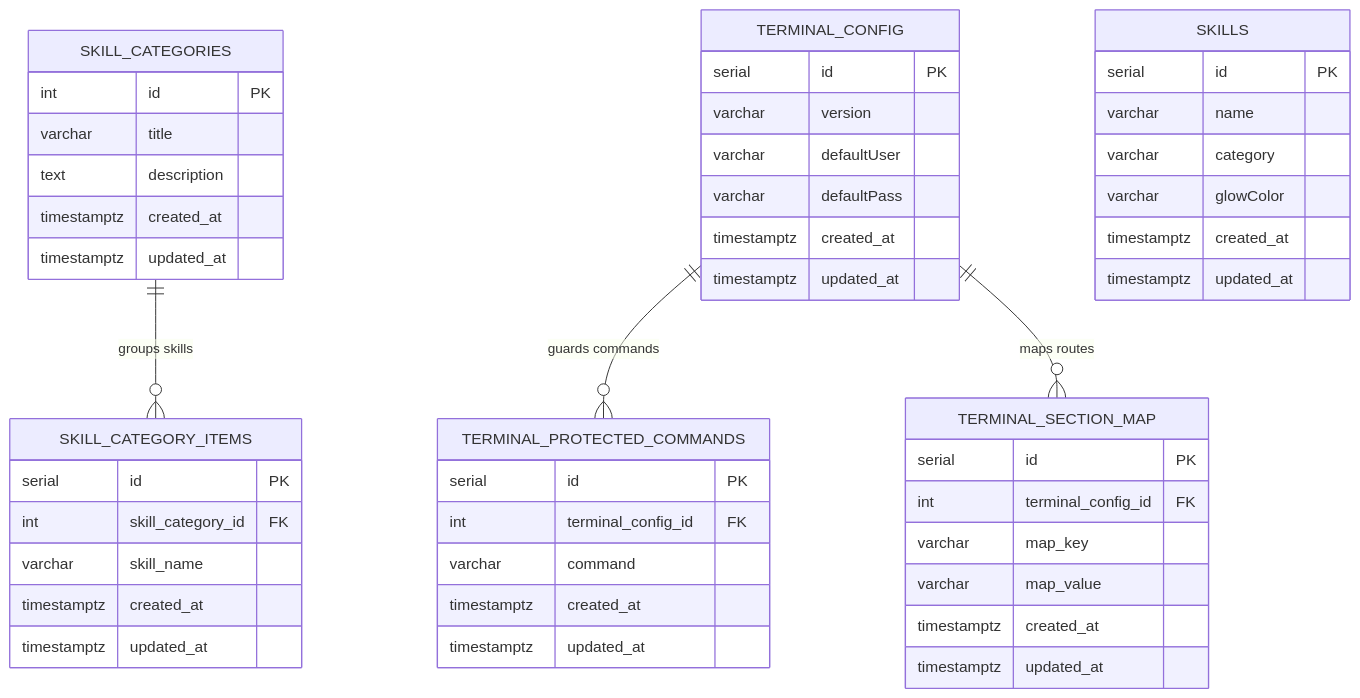
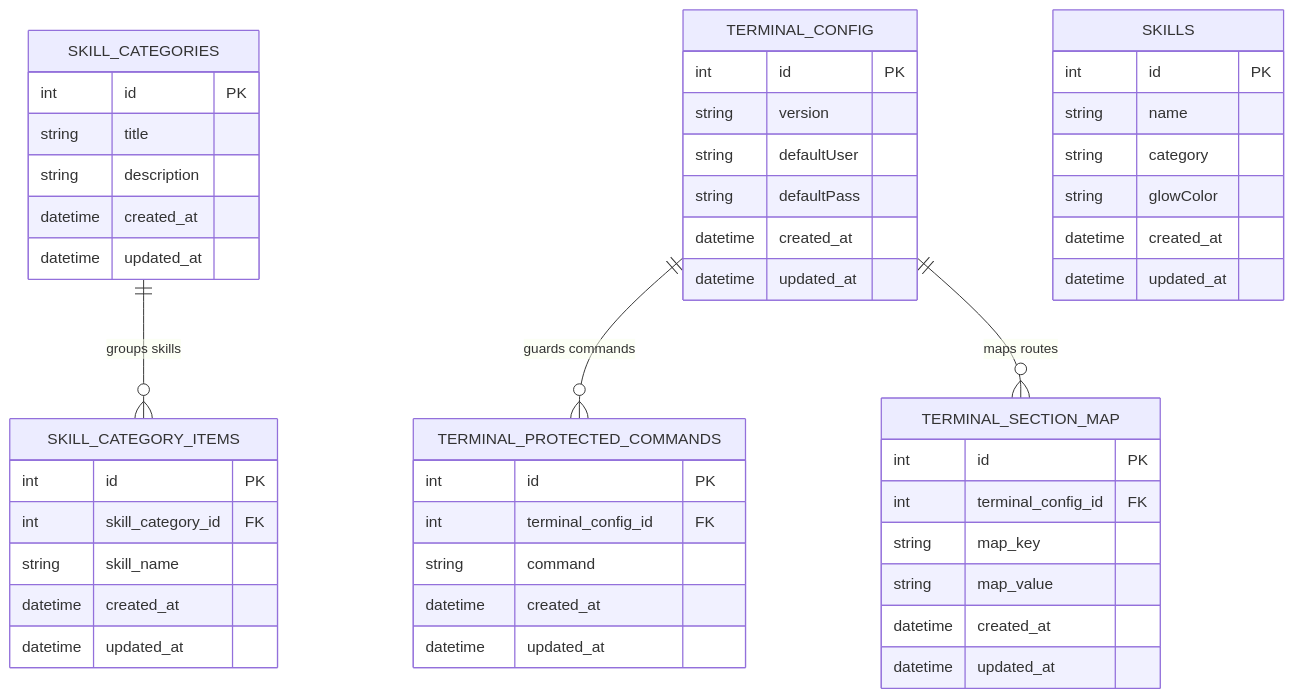
One commit to Haiderali445/portfolio-website changed the eighth of 20 diagrams in README.md. Above: the diagram before and after it, drawn with Mermaid. The commit also changed other lines of this file and 2 other files, not shown here.

````diff
--- a/README.md
+++ b/README.md
@@ -454,57 +454,57 @@
 ```mermaid
 erDiagram
     SKILL_CATEGORIES ||--o{ SKILL_CATEGORY_ITEMS : "groups skills"
     TERMINAL_CONFIG ||--o{ TERMINAL_PROTECTED_COMMANDS : "guards commands"
     TERMINAL_CONFIG ||--o{ TERMINAL_SECTION_MAP : "maps routes"
 
     SKILL_CATEGORIES {
         int id PK
-        varchar title
-        text description
-        timestamptz created_at
-        timestamptz updated_at
+        string title
+        string description
+        datetime created_at
+        datetime updated_at
     }
 
     SKILL_CATEGORY_ITEMS {
-        serial id PK
+        int id PK
         int skill_category_id FK
-        varchar skill_name
-        timestamptz created_at
-        timestamptz updated_at
+        string skill_name
+        datetime created_at
+        datetime updated_at
     }
 
     SKILLS {
-        serial id PK
-        varchar name
-        varchar category
-        varchar glowColor
-        timestamptz created_at
-        timestamptz updated_at
+        int id PK
+        string name
+        string category
+        string glowColor
+        datetime created_at
+        datetime updated_at
     }
 
     TERMINAL_CONFIG {
-        serial id PK
-        varchar version
-        varchar defaultUser
-        varchar defaultPass
-        timestamptz created_at
-        timestamptz updated_at
+        int id PK
+        string version
+        string defaultUser
+        string defaultPass
+        datetime created_at
+        datetime updated_at
     }
 
     TERMINAL_PROTECTED_COMMANDS {
-        serial id PK
+        int id PK
         int terminal_config_id FK
-        varchar command
-        timestamptz created_at
-        timestamptz updated_at
+        string command
+        datetime created_at
+        datetime updated_at
     }
 
     TERMINAL_SECTION_MAP {
-        serial id PK
+        int id PK
         int terminal_config_id FK
-        varchar map_key
-        varchar map_value
-        timestamptz created_at
-        timestamptz updated_at
+        string map_key
+        string map_value
+        datetime created_at
+        datetime updated_at
     }
 ```
````
